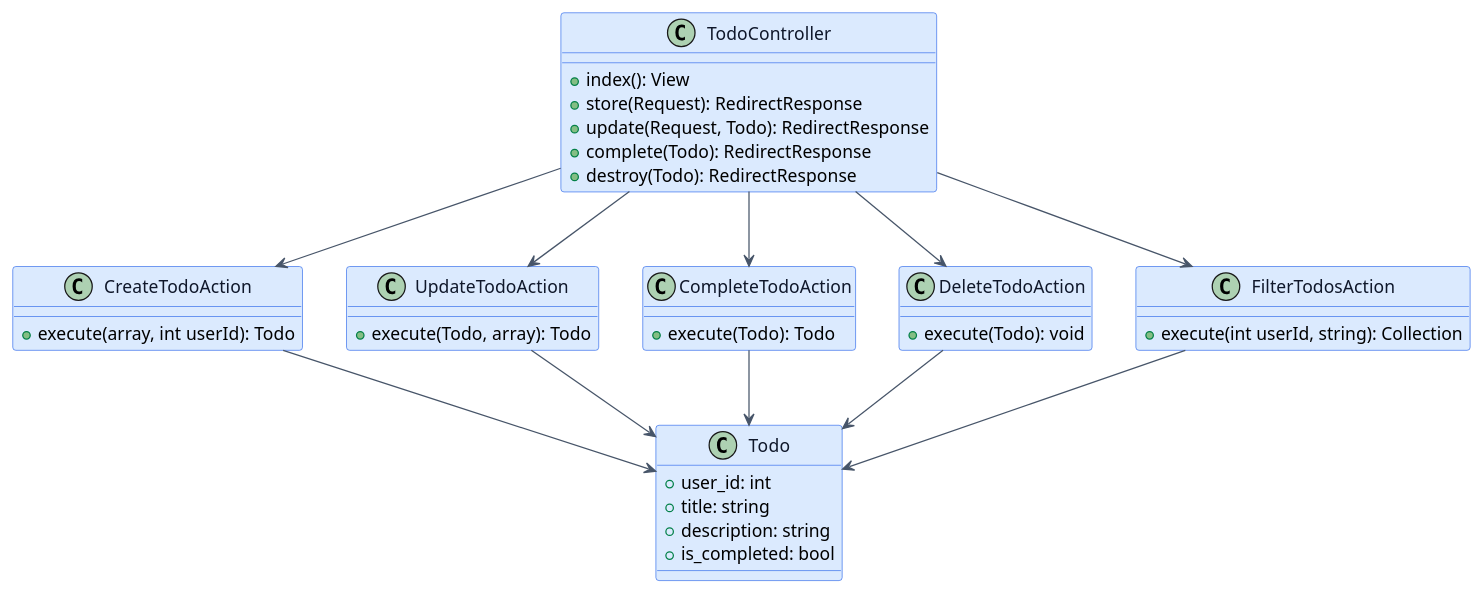
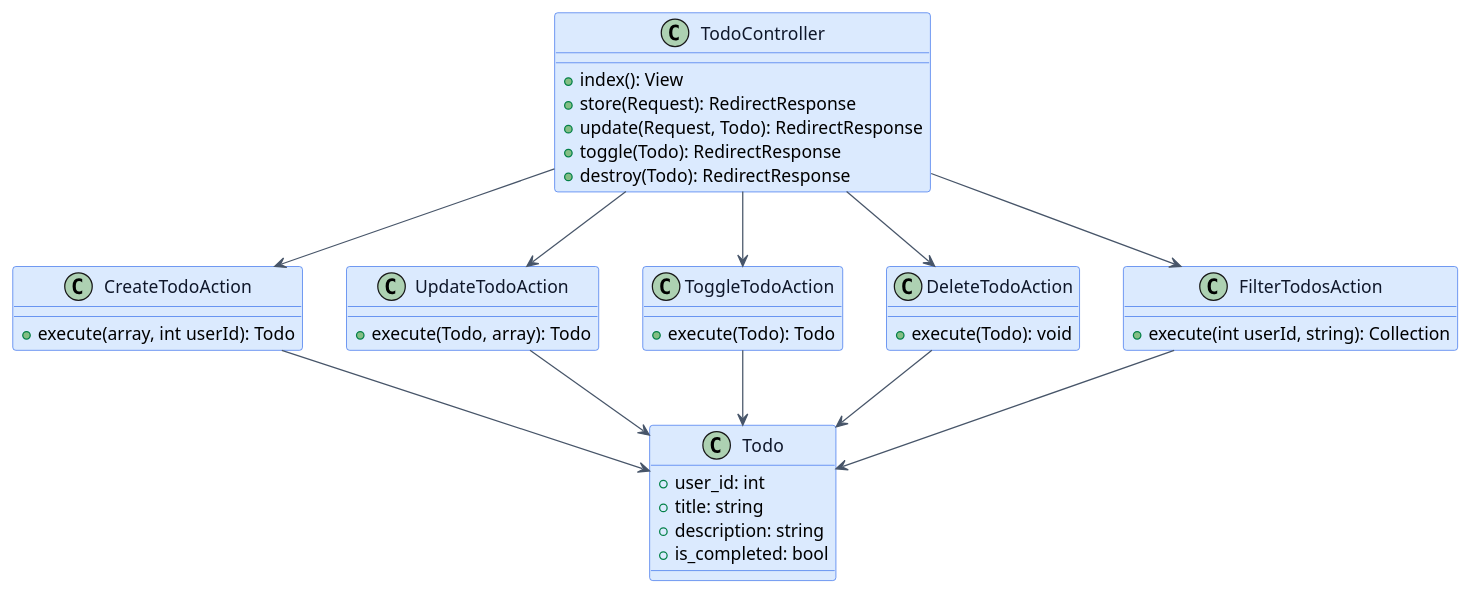
Diagram 14 of 14 in src/content/blog/skripsi-series-part-4-analisis-dan-perancangan.md (se-polinema/se-polinema.github.io), drawn with PlantUML before and after one commit. The commit also changed other lines of this file and 6 other files, not shown here.

First line of the commit message:
Fix Todo case study: complete-only action becomes a real toggle

````diff
--- a/src/content/blog/skripsi-series-part-4-analisis-dan-perancangan.md
+++ b/src/content/blog/skripsi-series-part-4-analisis-dan-perancangan.md
@@ -838,56 +838,56 @@
 ```plantuml
 @startuml
 skinparam backgroundColor #FFFFFF
 skinparam class {
   BackgroundColor #dbeafe
   BorderColor #2563eb
   FontColor #0f172a
 }
 skinparam arrow {
   Color #475569
   FontColor #0f172a
 }
 
 class TodoController {
   +index(): View
   +store(Request): RedirectResponse
   +update(Request, Todo): RedirectResponse
-  +complete(Todo): RedirectResponse
+  +toggle(Todo): RedirectResponse
   +destroy(Todo): RedirectResponse
 }
 
 class CreateTodoAction {
   +execute(array, int userId): Todo
 }
 class UpdateTodoAction {
   +execute(Todo, array): Todo
 }
-class CompleteTodoAction {
+class ToggleTodoAction {
   +execute(Todo): Todo
 }
 class DeleteTodoAction {
   +execute(Todo): void
 }
 class FilterTodosAction {
   +execute(int userId, string): Collection
 }
 
 class Todo {
   +user_id: int
   +title: string
   +description: string
   +is_completed: bool
 }
 
 TodoController --> CreateTodoAction
 TodoController --> UpdateTodoAction
-TodoController --> CompleteTodoAction
+TodoController --> ToggleTodoAction
 TodoController --> DeleteTodoAction
 TodoController --> FilterTodosAction
 CreateTodoAction --> Todo
 UpdateTodoAction --> Todo
-CompleteTodoAction --> Todo
+ToggleTodoAction --> Todo
 DeleteTodoAction --> Todo
 FilterTodosAction --> Todo
 @enduml
 ```
````
